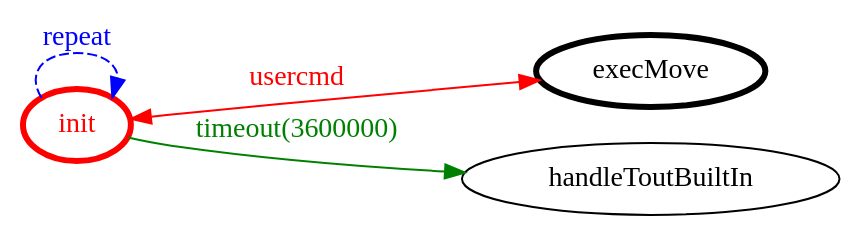
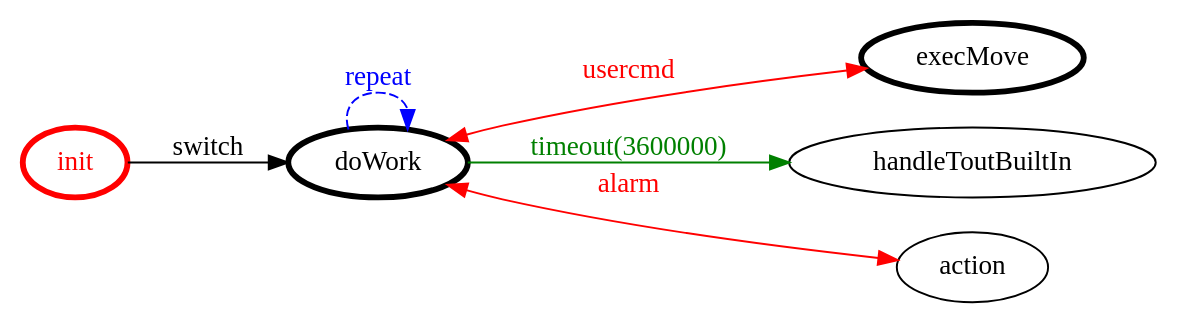
One commit to MatteoMendula/iss2018Lab changed the diagram in it.unibo.mbot.virtual/bin/it/unibo/usercmdmanager/usercmdmanager.gv. Above: the diagram before and after it, drawn with Graphviz. The commit also changed 115 other files, not shown here.

```diff
--- a/it.unibo.mbot.virtual/bin/it/unibo/usercmdmanager/usercmdmanager.gv
+++ b/it.unibo.mbot.virtual/bin/it/unibo/usercmdmanager/usercmdmanager.gv
@@ -1,18 +1,21 @@
 /*
 *
 * A GraphViz DOT FSM description 
 * Please use a GraphViz visualizer (like http://www.webgraphviz.com)
 *  
 */
 
 digraph finite_state_machine {
 	rankdir=LR
 	size="8,5"
 	
 	init [ color = red ][ fontcolor = red ][ penwidth = 3 ]
 	execMove [ color = black ][ fontcolor = black ][ penwidth = 3 ]
+	doWork [ color = black ][ fontcolor = black ][ penwidth = 3 ]
 	
-	init -> handleToutBuiltIn [ label = "timeout(3600000)" ][ color = green ][ fontcolor = green ]
-	init -> execMove [ label = "usercmd" ][ color = red ][ fontcolor = red ][ dir = both ]
-	init -> init [ label = "repeat "][ style = dashed ][ color = blue ][ fontcolor = blue ]
+	doWork -> handleToutBuiltIn [ label = "timeout(3600000)" ][ color = green ][ fontcolor = green ]
+	doWork -> execMove [ label = "usercmd" ][ color = red ][ fontcolor = red ][ dir = both ]
+	doWork -> action [ label = "alarm" ][ color = red ][ fontcolor = red ][ dir = both ]
+	init -> doWork [ label = "switch" ][ color = black ][ fontcolor = black ]
+	doWork -> doWork [ label = "repeat "][ style = dashed ][ color = blue ][ fontcolor = blue ]
 }
```
